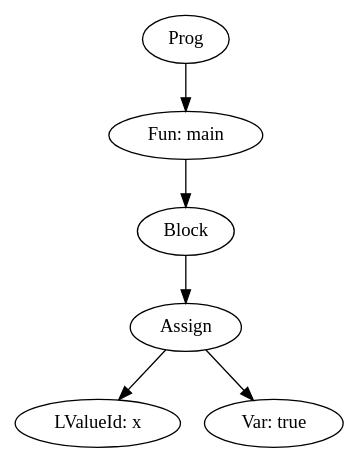
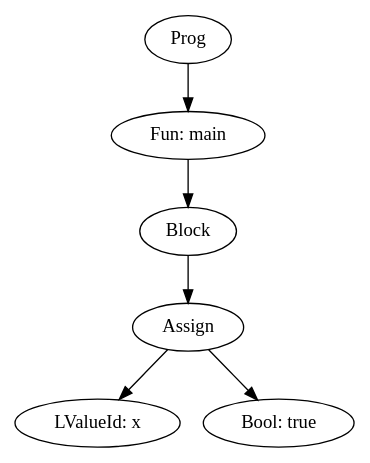
The diagram in antlr/dotFiles/attrTRUE.dot (Maycdouglas/trabalhoCompiladores), drawn with Graphviz before and after one commit. The commit also changed 90 other files, not shown here.

```diff
--- a/antlr/dotFiles/attrTRUE.dot
+++ b/antlr/dotFiles/attrTRUE.dot
@@ -1,13 +1,13 @@
 digraph AST {
 "Prog914504136" [label="Prog"];
 "Fun2085857771" [label="Fun: main"];
 "Prog914504136" -> "Fun2085857771";
 "CmdBlock248609774" [label="Block"];
 "Fun2085857771" -> "CmdBlock248609774";
 "CmdAssign708049632" [label="Assign"];
 "CmdBlock248609774" -> "CmdAssign708049632";
 "LValueId1887400018" [label="LValueId: x"];
 "CmdAssign708049632" -> "LValueId1887400018";
-"ExpVar285377351" [label="Var: true"];
-"CmdAssign708049632" -> "ExpVar285377351";
+"ExpBool285377351" [label="Bool: true"];
+"CmdAssign708049632" -> "ExpBool285377351";
 }
```
